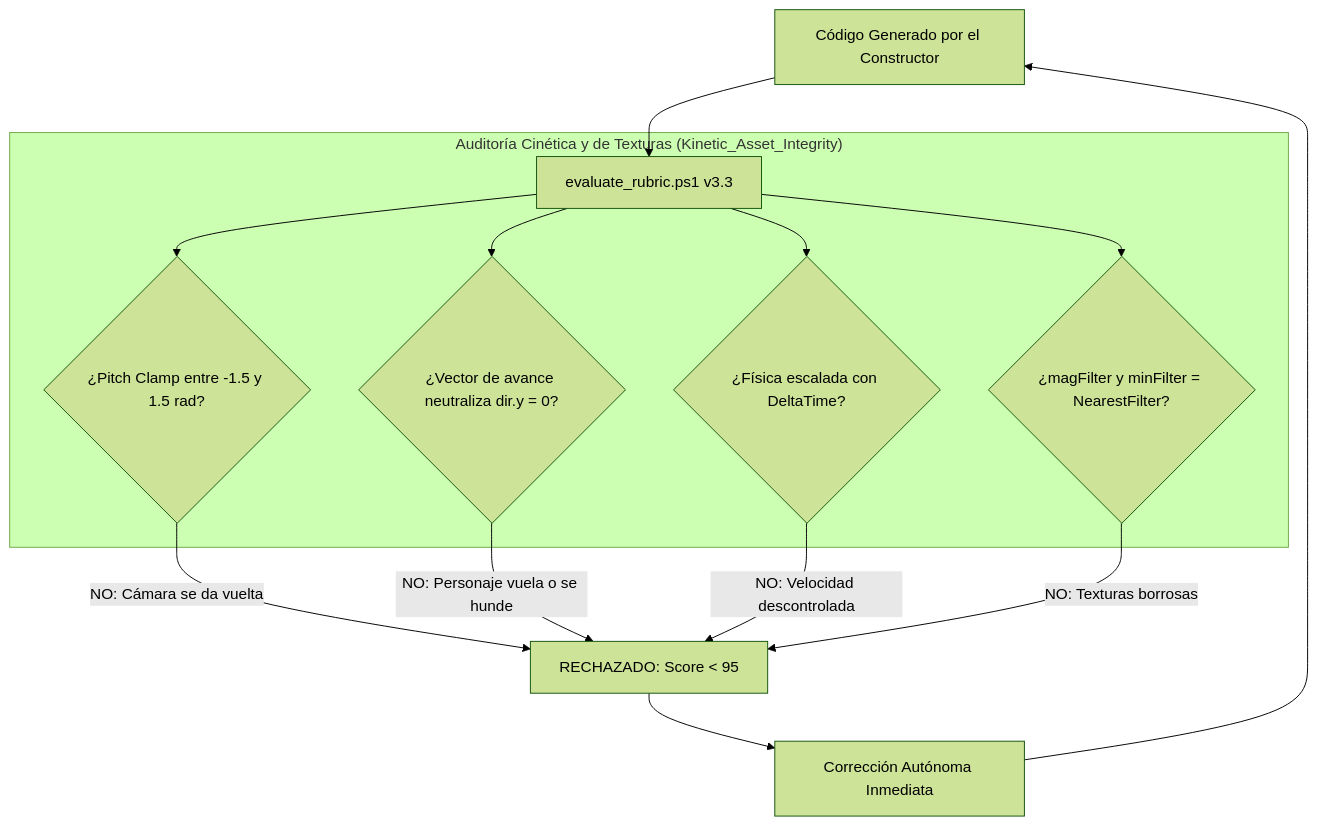
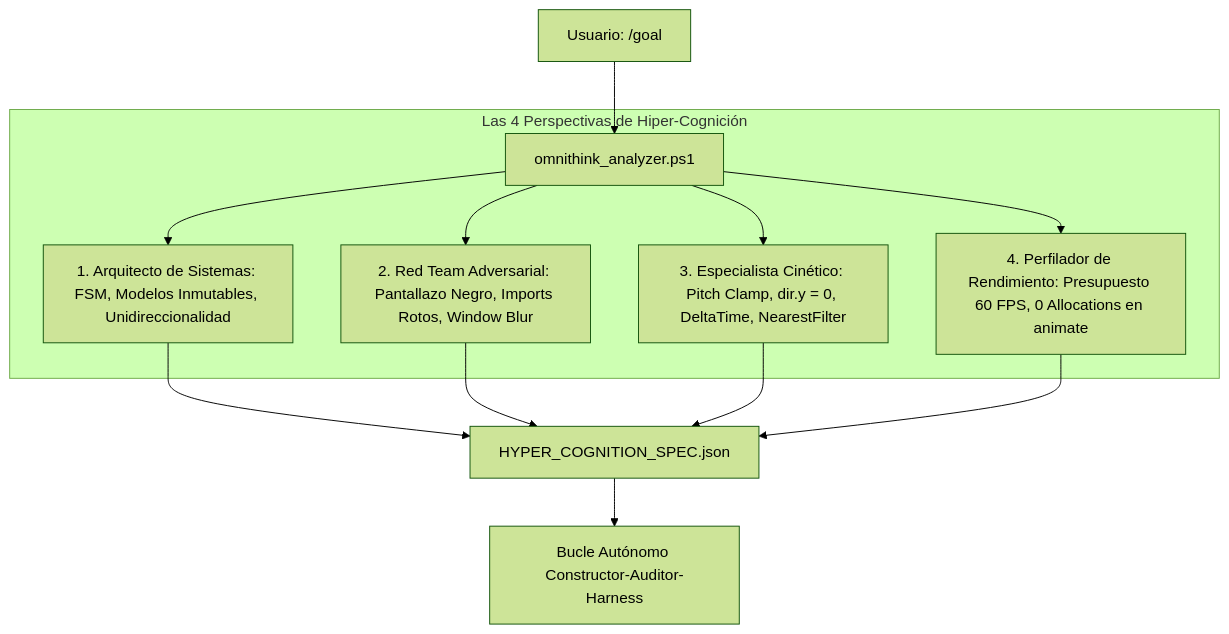
Before and after one commit to BryanGM12/antigravity-ultra-goal: the diagram in README.md, drawn with Mermaid (forest theme). The commit also changed other lines of this file and 7 other files, not shown here.

Commit message:
feat(v4.0.0): implement OmniThink System 2 Hyper-Cognition and 5-Phase Rigorous Test Harness

````diff
--- a/README.md
+++ b/README.md
@@ -39,19 +33,14 @@
 ```mermaid
 graph TD
-    Code[Código Generado por el Constructor] --> RubricScan[evaluate_rubric.ps1 v3.3]
+    Goal[Usuario: /goal <objetivo>] --> OmniThink[omnithink_analyzer.ps1]
     
-    subgraph "Auditoría Cinética y de Texturas (Kinetic_Asset_Integrity)"
-        RubricScan --> CheckPitch{¿Pitch Clamp entre -1.5 y 1.5 rad?}
-        RubricScan --> CheckDirY{¿Vector de avance neutraliza dir.y = 0?}
-        RubricScan --> CheckDelta{¿Física escalada con DeltaTime?}
-        RubricScan --> CheckTextures{¿magFilter y minFilter = NearestFilter?}
+    subgraph "Las 4 Perspectivas de Hiper-Cognición"
+        OmniThink --> P1[1. Arquitecto de Sistemas: FSM, Modelos Inmutables, Unidireccionalidad]
+        OmniThink --> P2[2. Red Team Adversarial: Pantallazo Negro, Imports Rotos, Window Blur]
+        OmniThink --> P3[3. Especialista Cinético: Pitch Clamp, dir.y = 0, DeltaTime, NearestFilter]
+        OmniThink --> P4[4. Perfilador de Rendimiento: Presupuesto 60 FPS, 0 Allocations en animate]
     end
     
-    CheckPitch -- "NO: Cámara se da vuelta" --> Reject[RECHAZADO: Score < 95]
-    CheckDirY -- "NO: Personaje vuela o se hunde" --> Reject
-    CheckDelta -- "NO: Velocidad descontrolada" --> Reject
-    CheckTextures -- "NO: Texturas borrosas" --> Reject
-    
-    Reject --> AutoFix[Corrección Autónoma Inmediata]
-    AutoFix --> Code
+    P1 & P2 & P3 & P4 --> Spec[HYPER_COGNITION_SPEC.json]
+    Spec --> Execution[Bucle Autónomo Constructor-Auditor-Harness]
 ```
````
